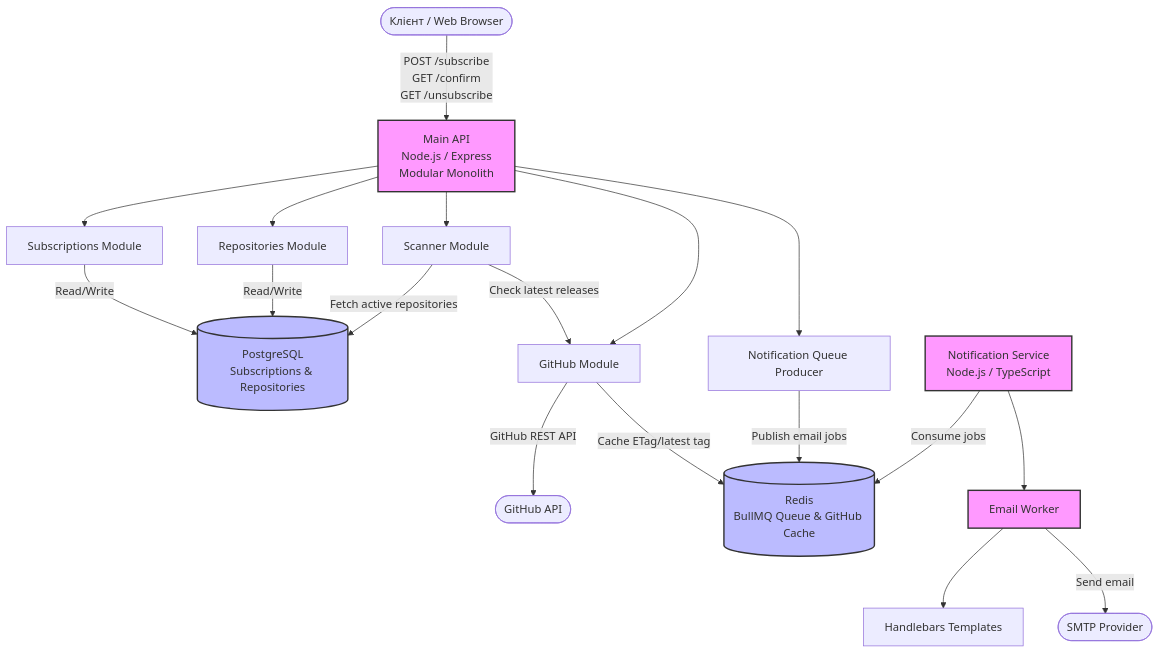
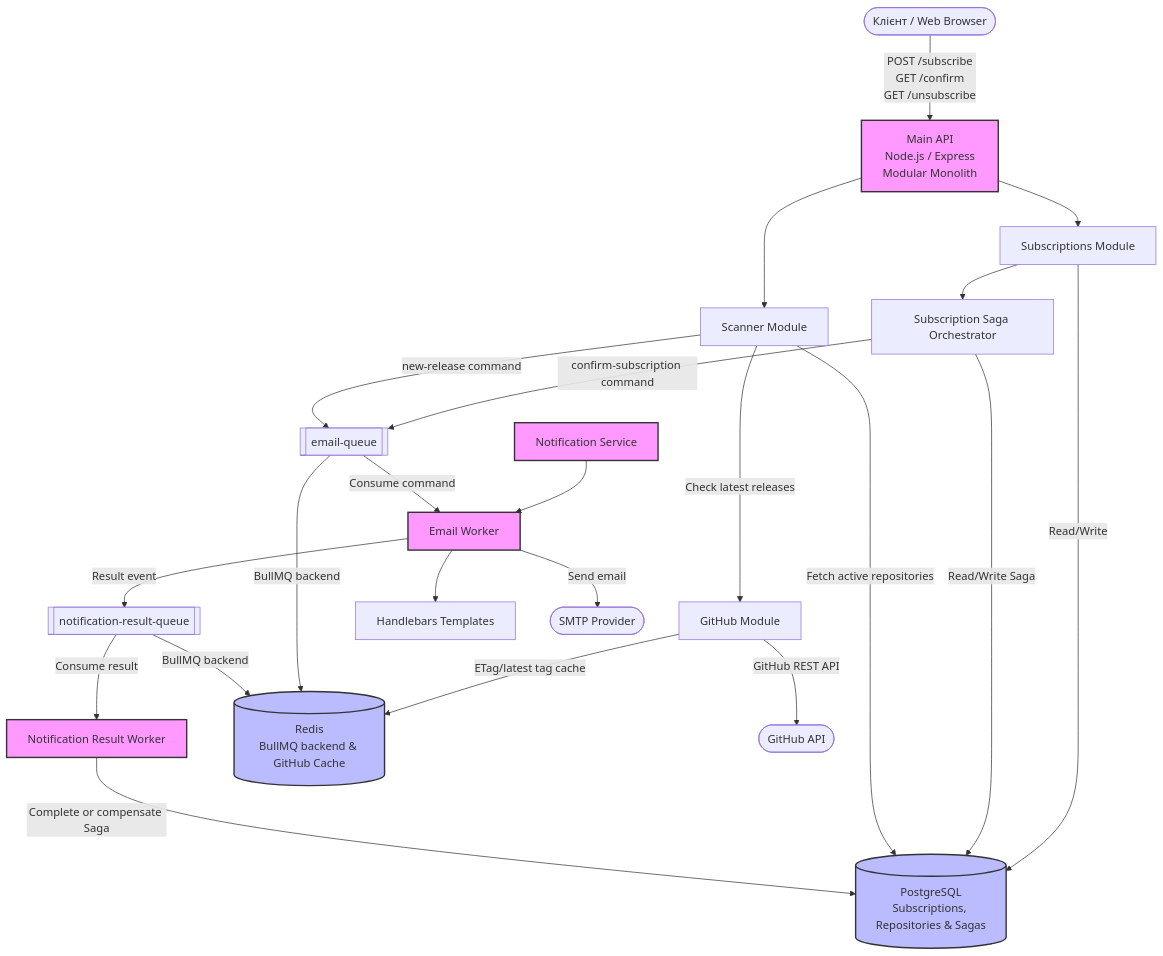
Before and after one commit to GenesisEducationKyiv/software-engineering-school-6-0-IvanGodPro24: the first of 2 diagrams in docs/system-design.md, drawn with Mermaid. The commit also changed other lines of this file and 5 other files, not shown here.

Commit message:
docs: document orchestrated subscription saga

````diff
--- a/docs/system-design.md
+++ b/docs/system-design.md
@@ -62,48 +52,52 @@
 ```mermaid
 graph TD
     Client([Клієнт / Web Browser])
 
     API[Main API<br/>Node.js / Express<br/>Modular Monolith]
-    Subscriptions[Subscriptions Module]
-    Repositories[Repositories Module]
+    SubscriptionModule[Subscriptions Module]
+    SagaOrchestrator[Subscription Saga Orchestrator]
     Scanner[Scanner Module]
     GitHubModule[GitHub Module]
-    NotificationProducer[Notification Queue Producer]
+    ResultWorker[Notification Result Worker]
 
-    DB[(PostgreSQL<br/>Subscriptions & Repositories)]
-    Redis[(Redis<br/>BullMQ Queue & GitHub Cache)]
+    DB[(PostgreSQL<br/>Subscriptions, Repositories & Sagas)]
+    Redis[(Redis<br/>BullMQ backend & GitHub Cache)]
+    EmailQueue[[email-queue]]
+    ResultQueue[[notification-result-queue]]
 
-    NotificationService[Notification Service<br/>Node.js / TypeScript]
+    NotificationService[Notification Service]
     EmailWorker[Email Worker]
     Templates[Handlebars Templates]
     SMTP([SMTP Provider])
     GitHub([GitHub API])
 
     Client -- "POST /subscribe<br/>GET /confirm<br/>GET /unsubscribe" --> API
+    API --> SubscriptionModule
+    SubscriptionModule --> SagaOrchestrator
+    SubscriptionModule -- "Read/Write" --> DB
+    SagaOrchestrator -- "Read/Write Saga" --> DB
 
-    API --> Subscriptions
-    API --> Repositories
     API --> Scanner
-    API --> GitHubModule
-    API --> NotificationProducer
-
-    Subscriptions -- "Read/Write" --> DB
-    Repositories -- "Read/Write" --> DB
-
     Scanner -- "Fetch active repositories" --> DB
     Scanner -- "Check latest releases" --> GitHubModule
     GitHubModule -- "GitHub REST API" --> GitHub
-    GitHubModule -- "Cache ETag/latest tag" --> Redis
+    GitHubModule -- "ETag/latest tag cache" --> Redis
 
-    NotificationProducer -- "Publish email jobs" --> Redis
+    SagaOrchestrator -- "confirm-subscription command" --> EmailQueue
+    Scanner -- "new-release command" --> EmailQueue
+    EmailQueue -- "BullMQ backend" --> Redis
+    ResultQueue -- "BullMQ backend" --> Redis
 
-    NotificationService -- "Consume jobs" --> Redis
     NotificationService --> EmailWorker
+    EmailQueue -- "Consume command" --> EmailWorker
     EmailWorker --> Templates
     EmailWorker -- "Send email" --> SMTP
+    EmailWorker -- "Result event" --> ResultQueue
+    ResultQueue -- "Consume result" --> ResultWorker
+    ResultWorker -- "Complete or compensate Saga" --> DB
 
     classDef service fill:#f9f,stroke:#333,stroke-width:2px;
     classDef database fill:#bbf,stroke:#333,stroke-width:2px;
-    class API,NotificationService,EmailWorker service;
+    class API,NotificationService,EmailWorker,ResultWorker service;
     class DB,Redis database;
 ```
````
